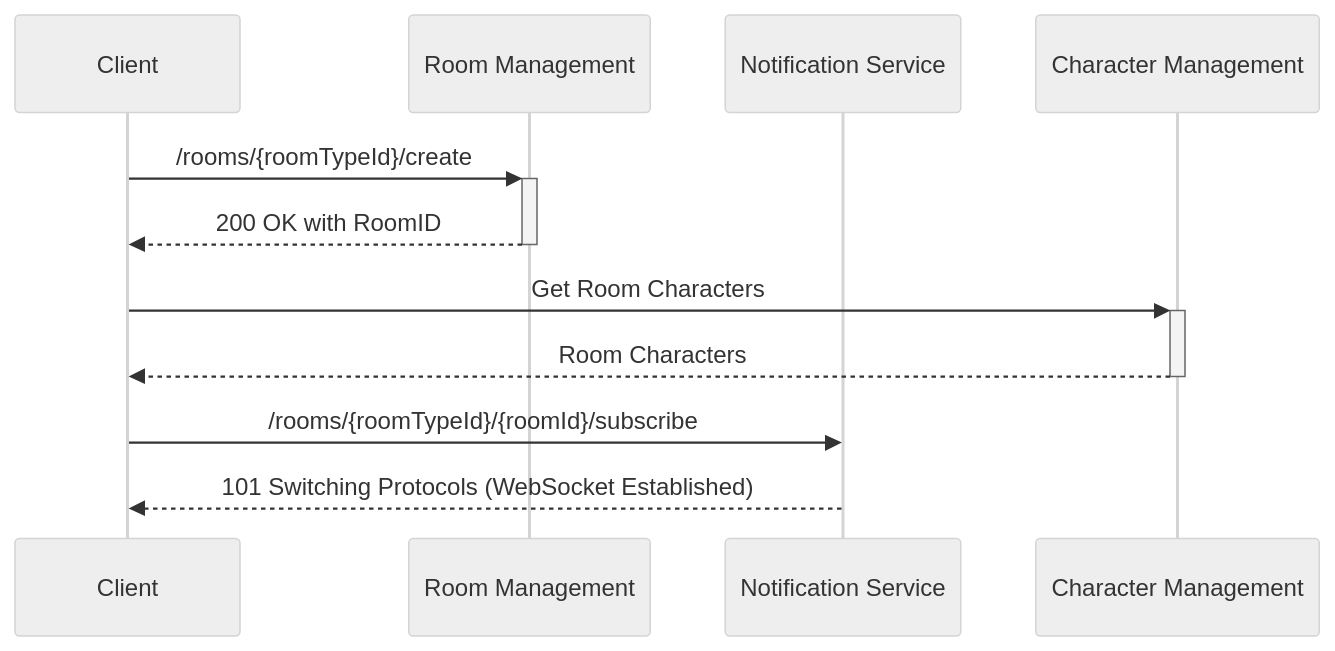
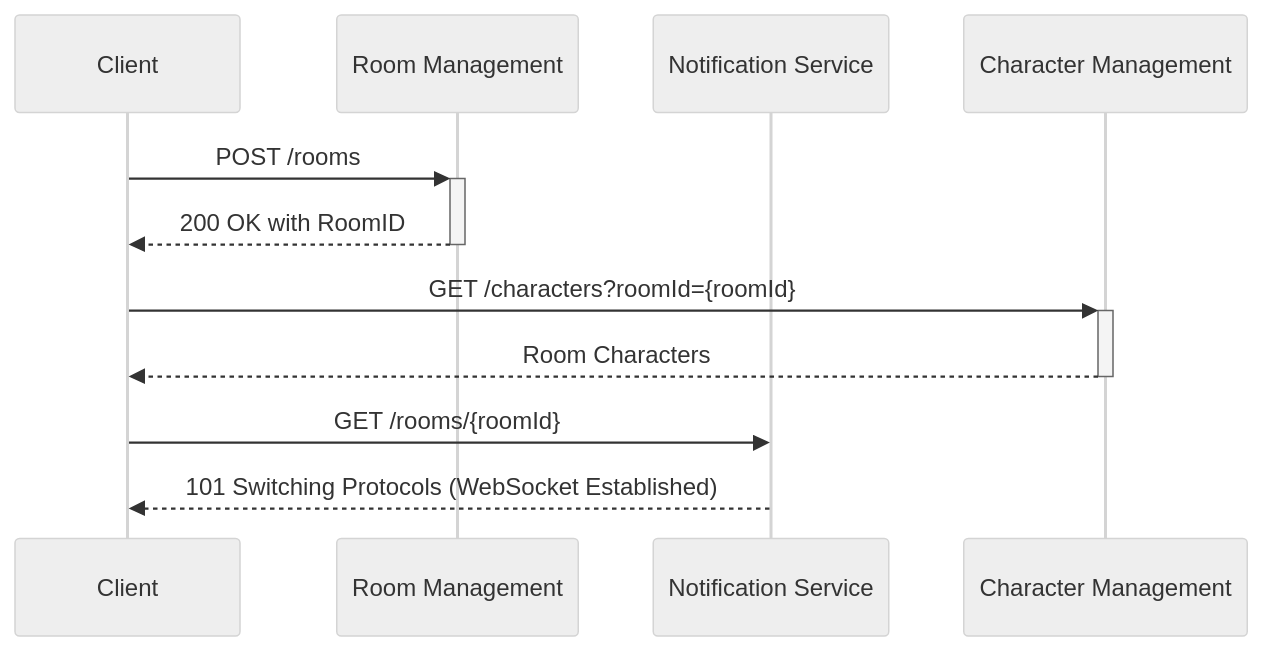
One commit to REW1L/munch-helper changed the third of 4 diagrams in docs/descriptions/MunchHelper/Backend Services.md. Above: the diagram before and after it, drawn with Mermaid (neutral theme). The commit also changed other lines of this file and 12 other files, not shown here.

````diff
--- a/docs/descriptions/MunchHelper/Backend Services.md
+++ b/docs/descriptions/MunchHelper/Backend Services.md
@@ -16,16 +121,16 @@
 ```mermaid
 sequenceDiagram
     participant Client
     participant Room Management
     participant Notification Service
     participant Character Management
 
-    Client ->>+ Room Management: /rooms/{roomTypeId}/create
+    Client ->>+ Room Management: POST /rooms
     Room Management -->>- Client: 200 OK with RoomID
 
-    Client ->>+ Character Management: Get Room Characters
+    Client ->>+ Character Management: GET /characters?roomId={roomId}
     Character Management -->>- Client: Room Characters
 
-    Client ->> Notification Service: /rooms/{roomTypeId}/{roomId}/subscribe
+    Client ->> Notification Service: GET /rooms/{roomId}
     Notification Service -->> Client: 101 Switching Protocols (WebSocket Established)
 ```
````
